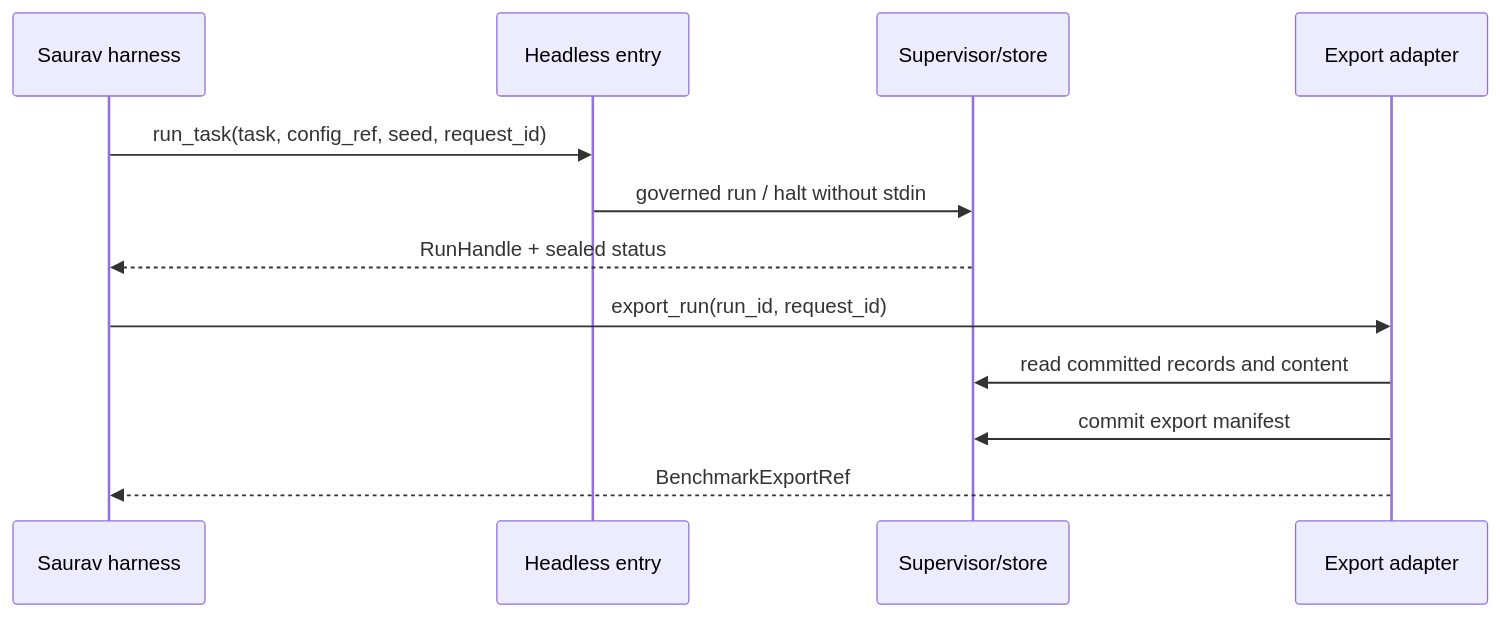
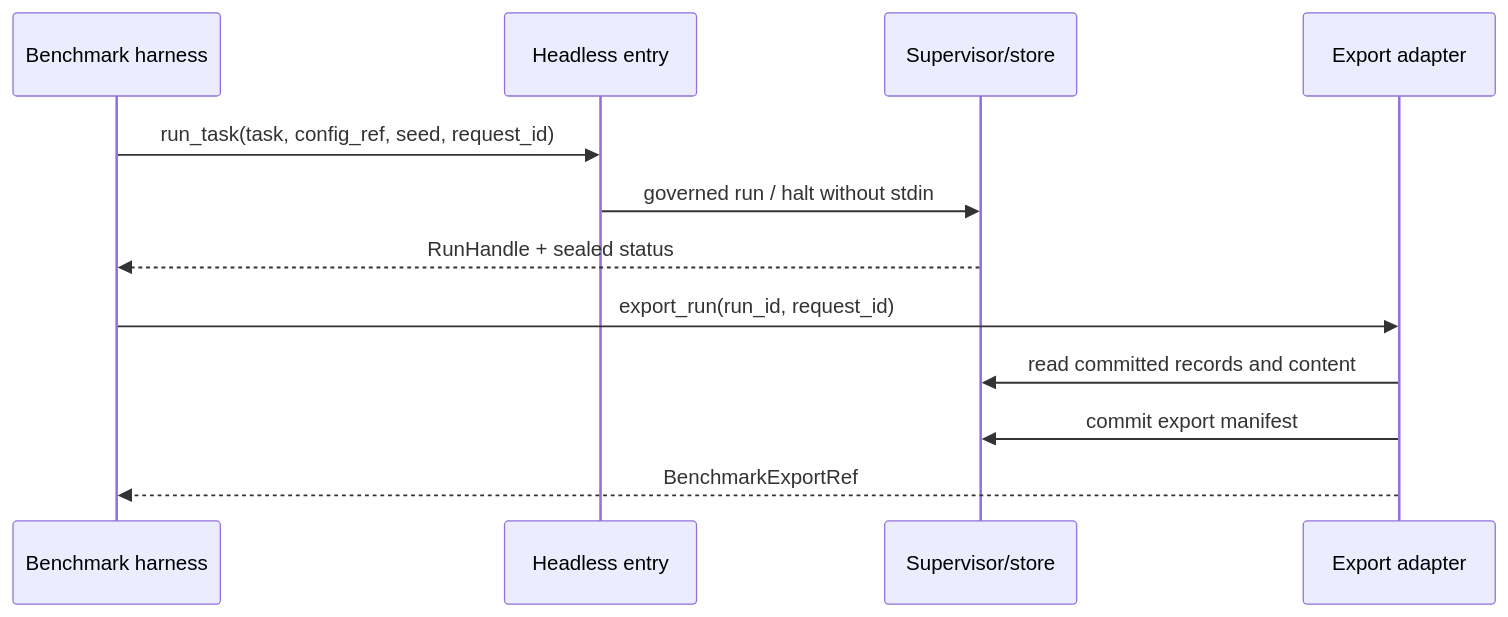
One commit to Stellven/jiuwenswarm changed the diagram in docs/architecture/system/benchmark-export.md. Above: the diagram before and after it, drawn with Mermaid. The commit also changed other lines of this file and 324 other files, not shown here.

First line of the commit message:
Reorganize architecture library into one thin, current M1 design

````diff
--- a/docs/architecture/system/benchmark-export.md
+++ b/docs/architecture/system/benchmark-export.md
@@ -71,14 +102,14 @@
 ```mermaid
 sequenceDiagram
-    participant H as Saurav harness
+    participant H as Benchmark harness
     participant E as Headless entry
     participant S as Supervisor/store
     participant X as Export adapter
     H->>E: run_task(task, config_ref, seed, request_id)
     E->>S: governed run / halt without stdin
     S-->>H: RunHandle + sealed status
     H->>X: export_run(run_id, request_id)
     X->>S: read committed records and content
     X->>S: commit export manifest
     X-->>H: BenchmarkExportRef
 ```
````
